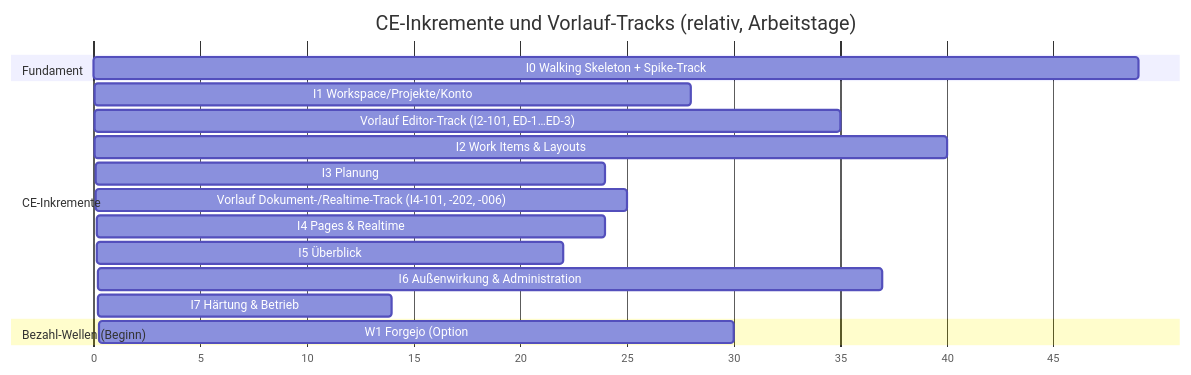
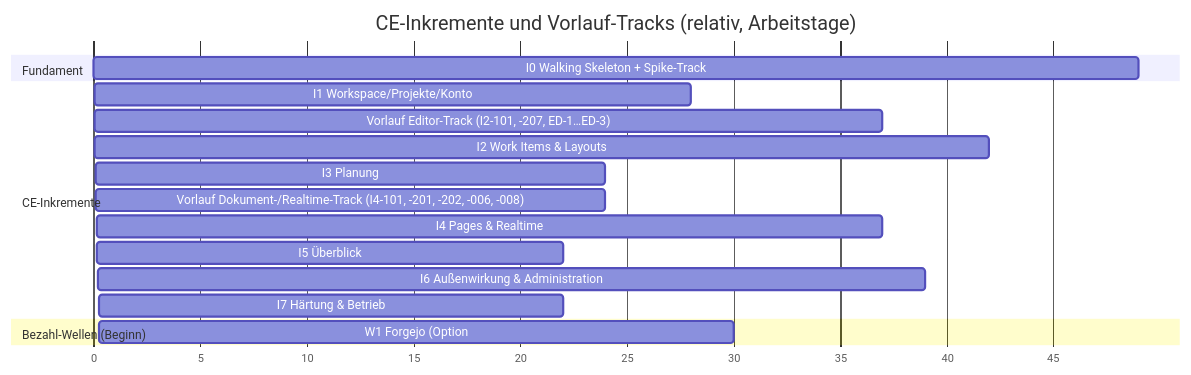
One commit to mlwr/plane changed the second of 10 diagrams in migration/plan/01-roadmap-ce.md. Above: the diagram before and after it, drawn with Mermaid. The commit also changed other lines of this file and 11 other files, not shown here.

````diff
--- a/migration/plan/01-roadmap-ce.md
+++ b/migration/plan/01-roadmap-ce.md
@@ -108,20 +108,20 @@
 ```mermaid
 gantt
   title CE-Inkremente und Vorlauf-Tracks (relativ, Arbeitstage)
   dateFormat  X
   axisFormat %s
   section Fundament
   I0 Walking Skeleton + Spike-Track      :i0, 0, 49
   section CE-Inkremente
   I1 Workspace/Projekte/Konto            :i1, 49, 28
-  Vorlauf Editor-Track (I2-101, ED-1…ED-3) :v2, 49, 35
-  I2 Work Items & Layouts                :i2, 77, 40
-  I3 Planung                             :i3, 117, 24
-  Vorlauf Dokument-/Realtime-Track (I4-101, -202, -006) :v4, 117, 25
-  I4 Pages & Realtime                    :i4, 141, 24
-  I5 Überblick                           :i5, 165, 22
-  I6 Außenwirkung & Administration       :i6, 187, 37
-  I7 Härtung & Betrieb                   :i7, 224, 14
+  Vorlauf Editor-Track (I2-101, -207, ED-1…ED-3) :v2, 49, 37
+  I2 Work Items & Layouts                :i2, 77, 42
+  I3 Planung                             :i3, 119, 24
+  Vorlauf Dokument-/Realtime-Track (I4-101, -201, -202, -006, -008) :v4, 119, 24
+  I4 Pages & Realtime                    :i4, 143, 37
+  I5 Überblick                           :i5, 180, 22
+  I6 Außenwirkung & Administration       :i6, 202, 39
+  I7 Härtung & Betrieb                   :i7, 241, 22
   section Bezahl-Wellen (Beginn)
-  W1 Forgejo (Option: verzahnt ab Ende I6) :w1, 238, 30
+  W1 Forgejo (Option: verzahnt ab Ende I6) :w1, 263, 30
 ```
````
